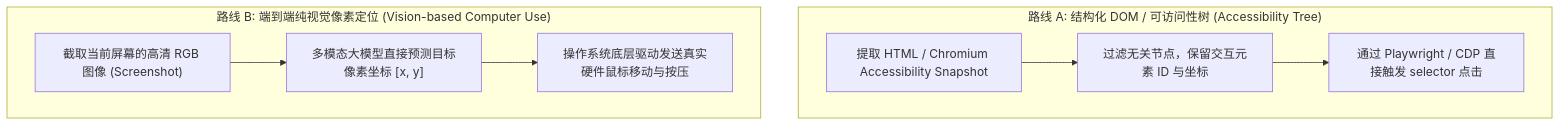
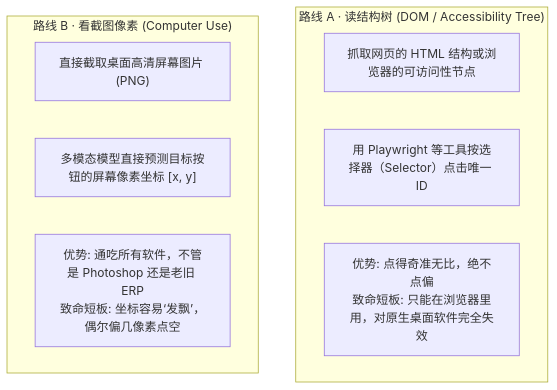
The first of 3 diagrams in app/ch06-interaction/01-gui-agent-and-computer-use/page.mdx (ljh12138164/ai-agent-study), drawn with Mermaid before and after one commit. The commit also changed other lines of this file and 43 other files, not shown here.

````diff
--- a/app/ch06-interaction/01-gui-agent-and-computer-use/page.mdx
+++ b/app/ch06-interaction/01-gui-agent-and-computer-use/page.mdx
@@ -34,16 +13,14 @@
 ```mermaid
-graph TD
-    subgraph RouteDOM["路线 A: 结构化 DOM / 可访问性树 (Accessibility Tree)"]
-        D1["提取 HTML / Chromium Accessibility Snapshot"]
-        D2["过滤无关节点，保留交互元素 ID 与坐标"]
-        D3["通过 Playwright / CDP 直接触发 selector 点击"]
-        D1 --> D2 --> D3
+flowchart TD
+    subgraph RouteA["路线 A · 读结构树 (DOM / Accessibility Tree)"]
+        A1["抓取网页的 HTML 结构或浏览器的可访问性节点"]
+        A2["用 Playwright 等工具按选择器（Selector）点击唯一 ID"]
+        A3["优势: 点得奇准无比，绝不点偏<br/>致命短板: 只能在浏览器里用，对原生桌面软件完全失效"]
     end
-    
-    subgraph RouteVision["路线 B: 端到端纯视觉像素定位 (Vision-based Computer Use)"]
-        V1["截取当前屏幕的高清 RGB 图像 (Screenshot)"]
-        V2["多模态大模型直接预测目标像素坐标 [x, y]"]
-        V3["操作系统底层驱动发送真实硬件鼠标移动与按压"]
-        V1 --> V2 --> V3
+
+    subgraph RouteB["路线 B · 看截图像素 (Computer Use)"]
+        B1["直接截取桌面高清屏幕图片 (PNG)"]
+        B2["多模态模型直接预测目标按钮的屏幕像素坐标 [x, y]"]
+        B3["优势: 通吃所有软件，不管是 Photoshop 还是老旧 ERP<br/>致命短板: 坐标容易‘发飘’，偶尔偏几像素点空"]
     end
 ```
````
